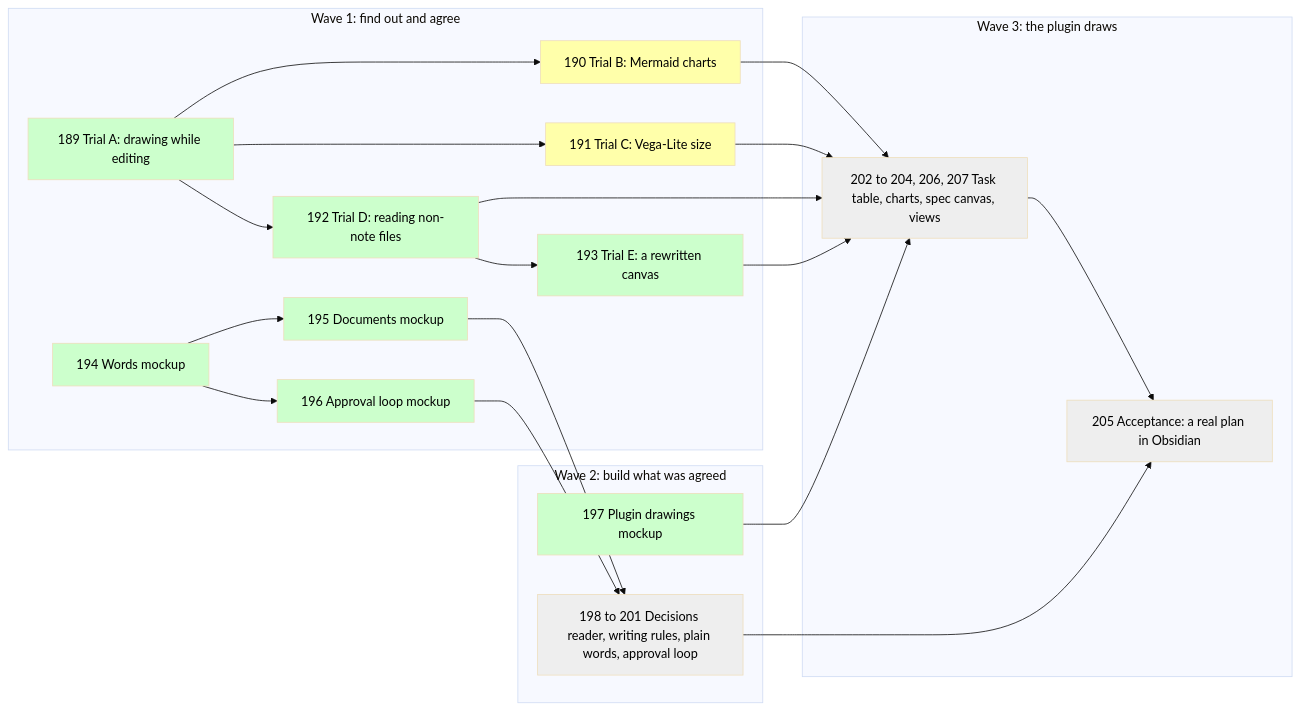
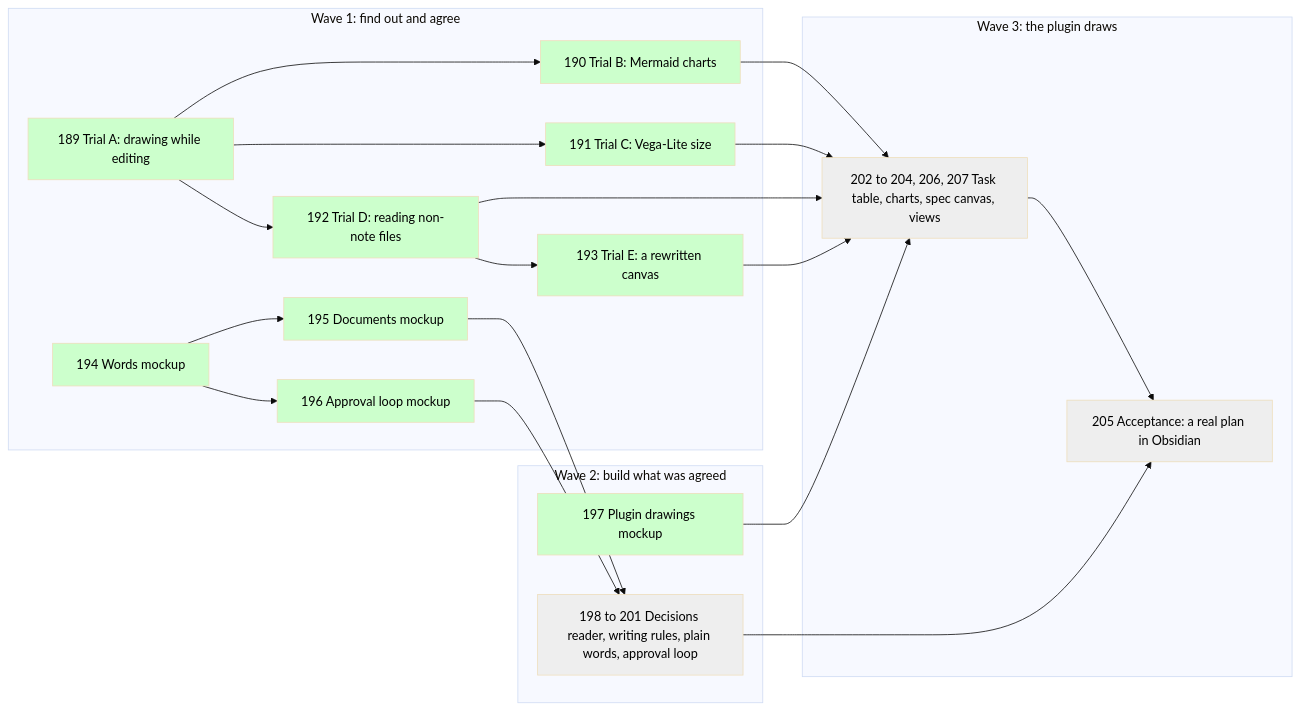
One commit to hodor/claude-compass changed the diagram in .compass/plans/PLAN-024-working-in-compass-is-visual.md. Above: the diagram before and after it, drawn with Mermaid (base theme). The commit also changed other lines of this file and 2 other files, not shown here.

Commit message:
PLAN-024 Wave 1 trials closed; the human approved the results (TASK-190, TASK-191)

````diff
--- a/.compass/plans/PLAN-024-working-in-compass-is-visual.md
+++ b/.compass/plans/PLAN-024-working-in-compass-is-visual.md
@@ -26,30 +26,30 @@
 ```mermaid
 flowchart LR
   subgraph W1["Wave 1: find out and agree"]
     T189["189 Trial A: drawing while editing"]:::done
-    T190["190 Trial B: Mermaid charts"]:::open
-    T191["191 Trial C: Vega-Lite size"]:::open
+    T190["190 Trial B: Mermaid charts"]:::done
+    T191["191 Trial C: Vega-Lite size"]:::done
     T192["192 Trial D: reading non-note files"]:::done
     T193["193 Trial E: a rewritten canvas"]:::done
     T194["194 Words mockup"]:::done
     T195["195 Documents mockup"]:::done
     T196["196 Approval loop mockup"]:::done
   end
   subgraph W2["Wave 2: build what was agreed"]
     T197["197 Plugin drawings mockup"]:::done
     B["198 to 201 Decisions reader, writing rules, plain words, approval loop"]:::later
   end
   subgraph W3["Wave 3: the plugin draws"]
     V["202 to 204, 206, 207 Task table, charts, spec canvas, views"]:::later
     A["205 Acceptance: a real plan in Obsidian"]:::later
   end
   T189 --> T190 & T191 & T192
   T192 --> T193
   T194 --> T195 & T196
   T190 & T191 & T192 & T193 & T197 --> V
   T195 & T196 --> B
   V & B --> A
   classDef done fill:#cfc,color:#000
   classDef open fill:#ffa,color:#000
   classDef later fill:#eee,color:#000
 ```
````
